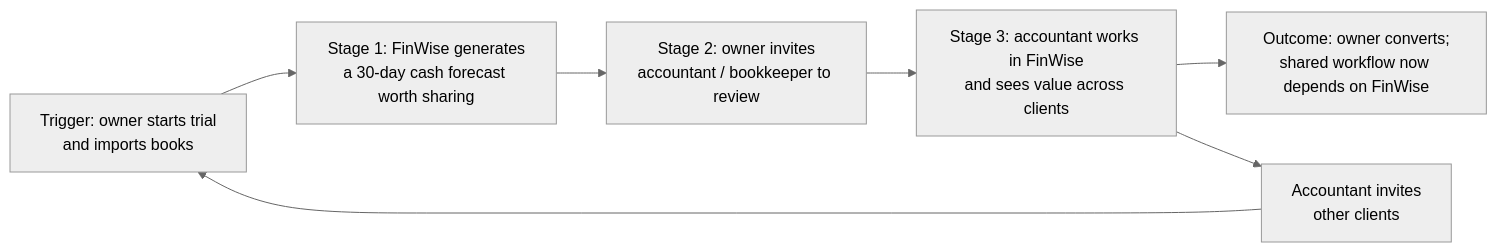
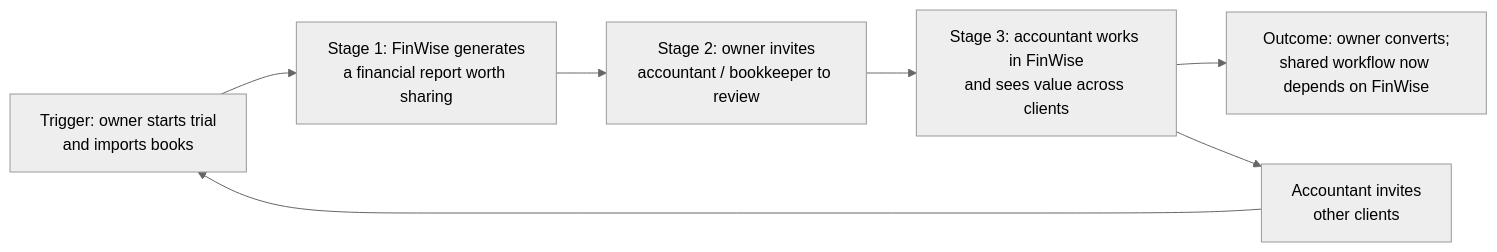
One commit to mdorticos16x9/finwise-strategy changed the diagram in 01-bet/growth-bet.md. Above: the diagram before and after it, drawn with Mermaid (neutral theme). The commit also changed other lines of this file, not shown here.

````diff
--- a/01-bet/growth-bet.md
+++ b/01-bet/growth-bet.md
@@ -58,9 +58,9 @@
 ```mermaid
 flowchart LR
-  T["Trigger: owner starts trial<br/>and imports books"] --> S1["Stage 1: FinWise generates<br/>a 30-day cash forecast worth sharing"]
+  T["Trigger: owner starts trial<br/>and imports books"] --> S1["Stage 1: FinWise generates<br/>a financial report worth sharing"]
   S1 --> S2["Stage 2: owner invites<br/>accountant / bookkeeper to review"]
   S2 --> S3["Stage 3: accountant works in FinWise<br/>and sees value across clients"]
   S3 --> O["Outcome: owner converts;<br/>shared workflow now depends on FinWise"]
   S3 --> N["Accountant invites<br/>other clients"]
   N --> T
 ```
````
